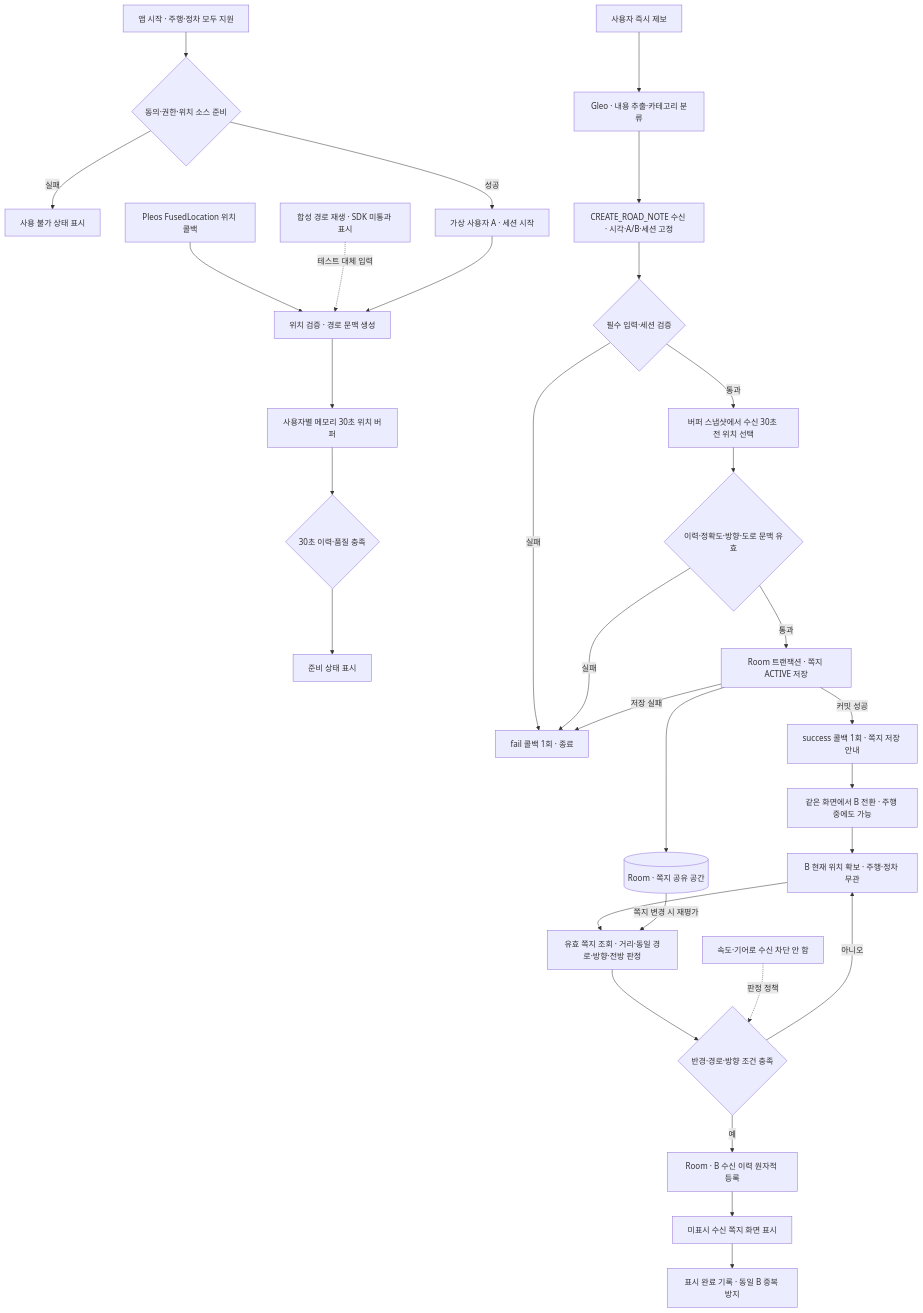
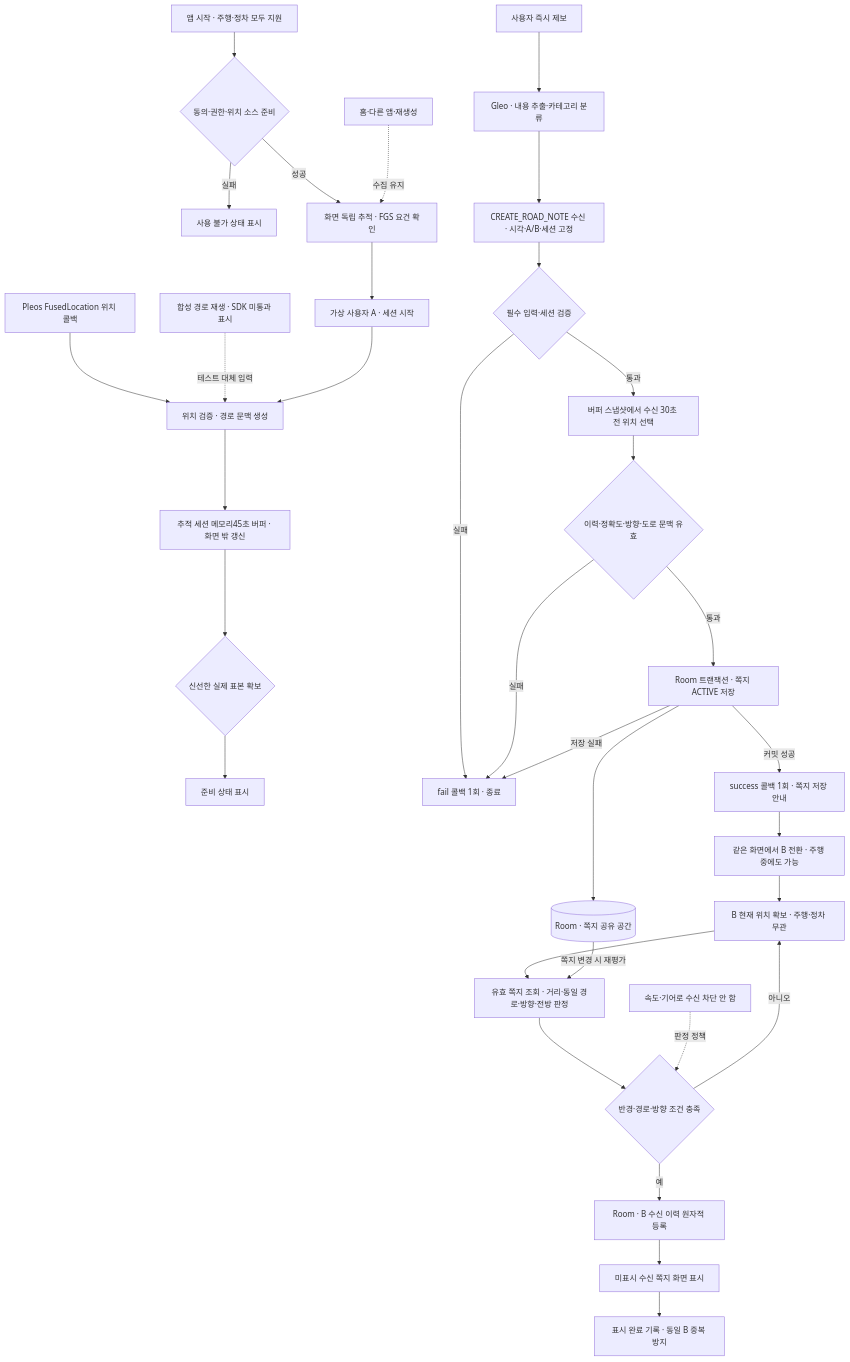
One commit to jin-kim-240204/hyundai-and-gretel changed the diagram in docs/plans/diagrams/prototype-e2e-flow.mmd. Above: the diagram before and after it, drawn with Mermaid. The commit also changed 7 other files, not shown here.

```diff
--- a/docs/plans/diagrams/prototype-e2e-flow.mmd
+++ b/docs/plans/diagrams/prototype-e2e-flow.mmd
@@ -1,31 +1,33 @@
 flowchart TD
     Start[앱 시작 · 주행·정차 모두 지원] --> Gate{동의·권한·위치 소스 준비}
     Gate -->|실패| Block[사용 불가 상태 표시]
-    Gate -->|성공| Session[가상 사용자 A · 세션 시작]
+    Gate -->|성공| Tracking[화면 독립 추적 · FGS 요건 확인]
+    Away[홈·다른 앱·재생성] -. 수집 유지 .-> Tracking
+    Tracking --> Session[가상 사용자 A · 세션 시작]
     SDK[Pleos FusedLocation 위치 콜백] --> Source[위치 검증 · 경로 문맥 생성]
     Replay[합성 경로 재생 · SDK 미통과 표시] -. 테스트 대체 입력 .-> Source
     Session --> Source
-    Source --> Buffer[사용자별 메모리 30초 위치 버퍼]
-    Buffer --> Ready{30초 이력·품질 충족}
+    Source --> Buffer[추적 세션 메모리45초 버퍼 · 화면 밖 갱신]
+    Buffer --> Ready{신선한 실제 표본 확보}
     Ready --> UI[준비 상태 표시]
     Voice[사용자 즉시 제보] --> Gleo[Gleo · 내용 추출·카테고리 분류]
     Gleo --> Receiver[CREATE_ROAD_NOTE 수신 · 시각·A/B·세션 고정]
     Receiver --> Validate{필수 입력·세션 검증}
     Validate -->|실패| Fail[fail 콜백 1회 · 종료]
     Validate -->|통과| Anchor[버퍼 스냅샷에서 수신 30초 전 위치 선택]
     Anchor --> Quality{이력·정확도·방향·도로 문맥 유효}
     Quality -->|실패| Fail
     Quality -->|통과| Tx[Room 트랜잭션 · 쪽지 ACTIVE 저장]
     Tx -->|저장 실패| Fail
     Tx -->|커밋 성공| Success[success 콜백 1회 · 쪽지 저장 안내]
     Tx --> DB[(Room · 쪽지 공유 공간)]
     Success --> Switch[같은 화면에서 B 전환 · 주행 중에도 가능]
     Switch --> B[B 현재 위치 확보 · 주행·정차 무관]
     B --> Matcher[유효 쪽지 조회 · 거리·동일 경로·방향·전방 판정]
     DB -->|쪽지 변경 시 재평가| Matcher
     Matcher --> Match{반경·경로·방향 조건 충족}
     Match -->|아니오| B
     Policy[속도·기어로 수신 차단 안 함] -. 판정 정책 .-> Match
     Match -->|예| Receipt[Room · B 수신 이력 원자적 등록]
     Receipt --> Display[미표시 수신 쪽지 화면 표시]
     Display --> Mark[표시 완료 기록 · 동일 B 중복 방지]
```
